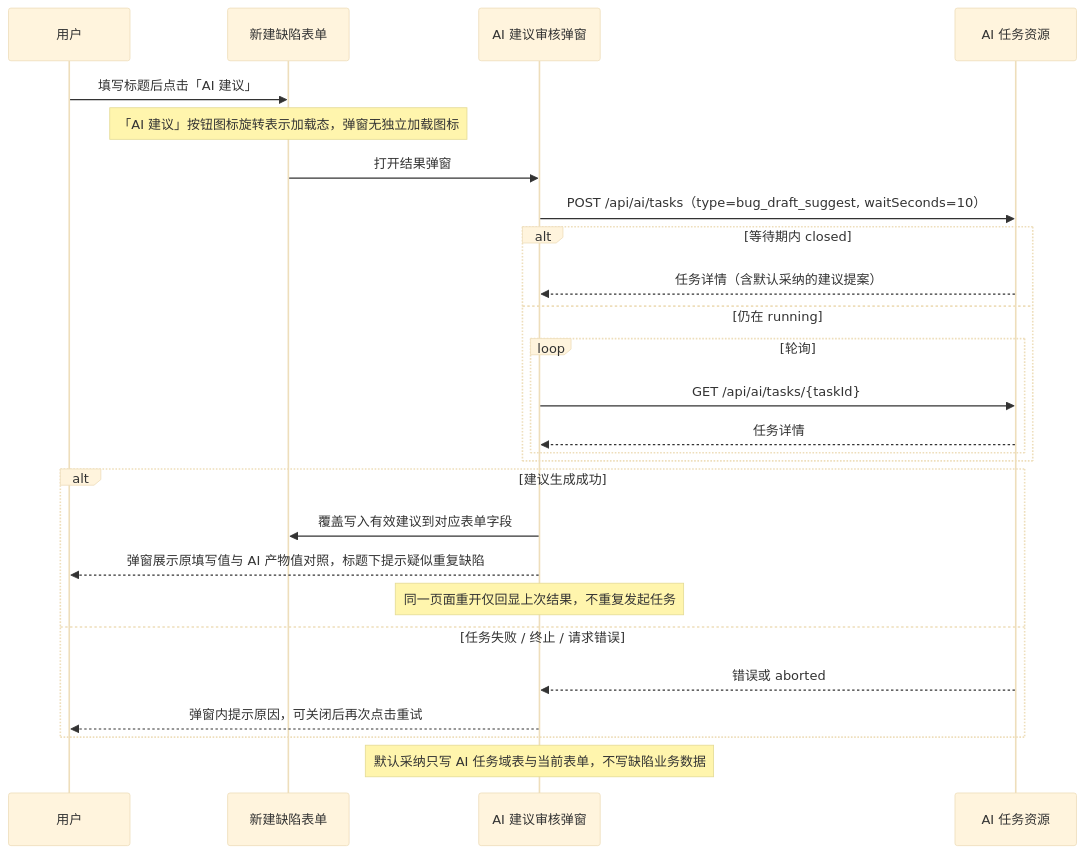
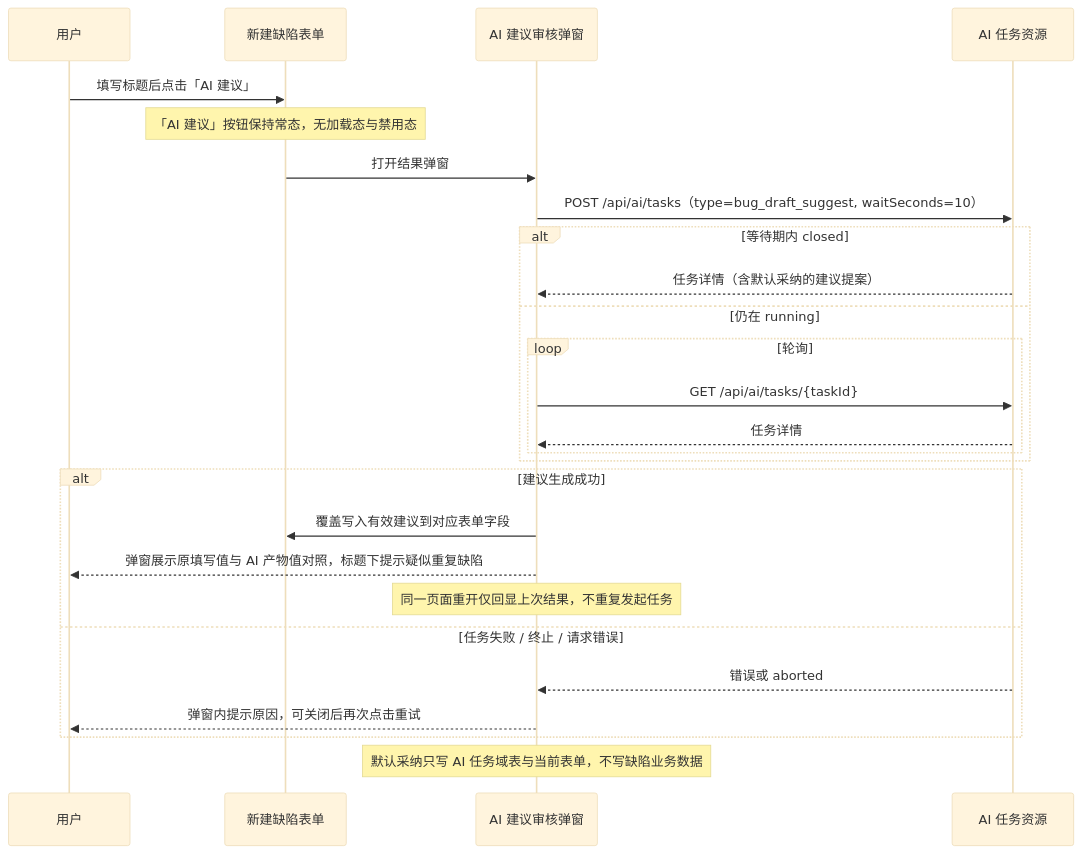
One commit to XiaoMiSum/robotest changed the diagram in docs/05-interaction-design/07-ai-capability/06-defect-analysis-ui.md. Above: the diagram before and after it, drawn with Mermaid (base theme). The commit also changed other lines of this file and 5 other files, not shown here.

Commit message:
📝 docs(ui): 统一 AI 入口图标并移除 AI 建议加载态口径

````diff
--- a/docs/05-interaction-design/07-ai-capability/06-defect-analysis-ui.md
+++ b/docs/05-interaction-design/07-ai-capability/06-defect-analysis-ui.md
@@ -35,28 +35,28 @@
 ```mermaid
 sequenceDiagram
   participant U as 用户
   participant F as 新建缺陷表单
   participant D as AI 建议审核弹窗
   participant T as AI 任务资源
   U->>F: 填写标题后点击「AI 建议」
-  Note over F: 「AI 建议」按钮图标旋转表示加载态，弹窗无独立加载图标
+  Note over F: 「AI 建议」按钮保持常态，无加载态与禁用态
   F->>D: 打开结果弹窗
   D->>T: POST /api/ai/tasks（type=bug_draft_suggest, waitSeconds=10）
   alt 等待期内 closed
     T-->>D: 任务详情（含默认采纳的建议提案）
   else 仍在 running
     loop 轮询
       D->>T: GET /api/ai/tasks/{taskId}
       T-->>D: 任务详情
     end
   end
   alt 建议生成成功
     D->>F: 覆盖写入有效建议到对应表单字段
     D-->>U: 弹窗展示原填写值与 AI 产物值对照，标题下提示疑似重复缺陷
     Note over D: 同一页面重开仅回显上次结果，不重复发起任务
   else 任务失败 / 终止 / 请求错误
     T-->>D: 错误或 aborted
     D-->>U: 弹窗内提示原因，可关闭后再次点击重试
   end
   Note over D: 默认采纳只写 AI 任务域表与当前表单，不写缺陷业务数据
 ```
````
